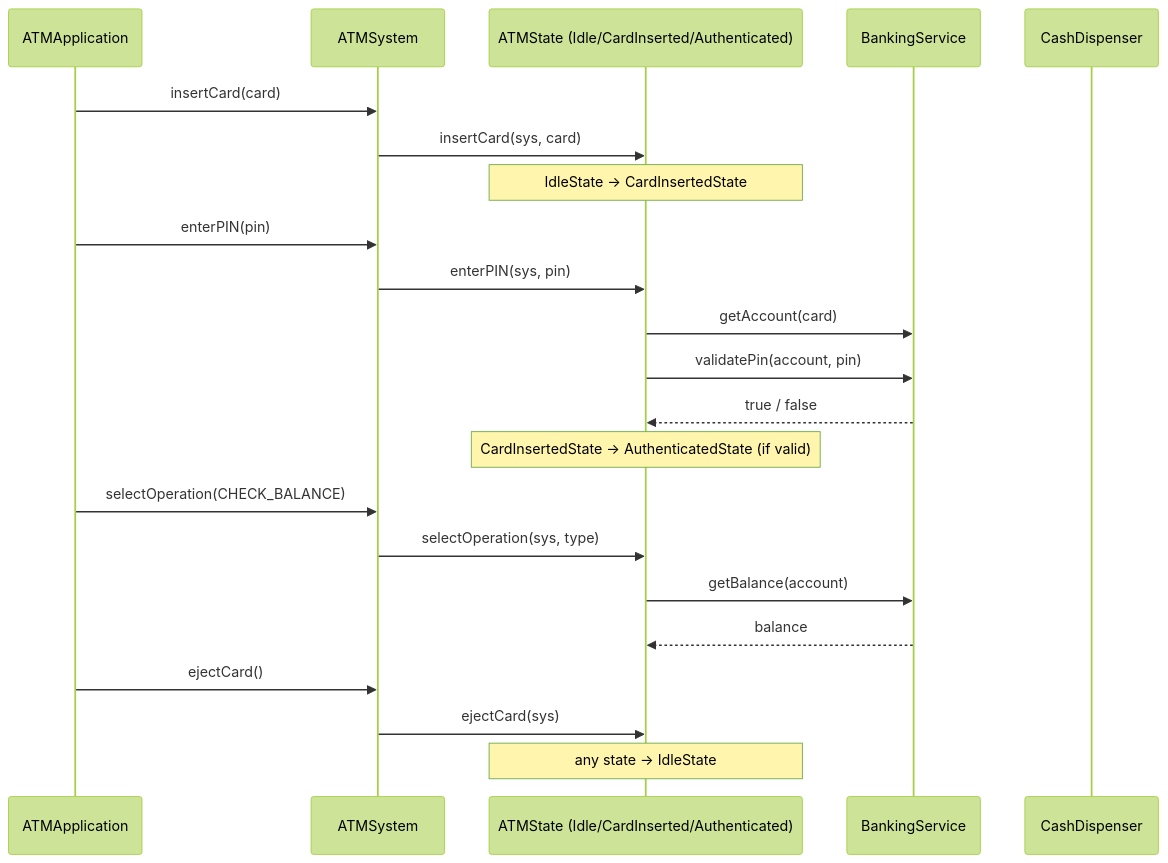
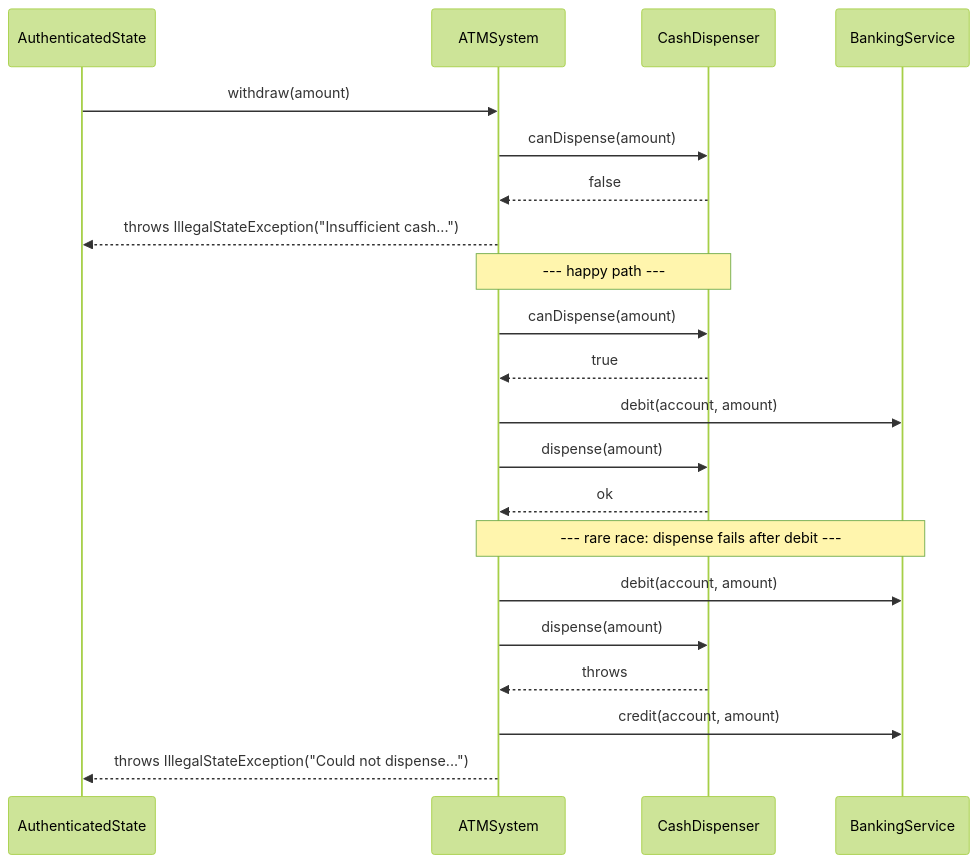
One commit to basudev1212/lld-problems changed the second of 2 diagrams in atm/DESIGN.md. Above: the diagram before and after it, drawn with Mermaid (forest theme). The commit also changed other lines of this file and 15 other files, not shown here.

````diff
--- a/atm/DESIGN.md
+++ b/atm/DESIGN.md
@@ -159,28 +139,26 @@
 ```mermaid
 sequenceDiagram
-    participant App as ATMApplication
+    participant State as AuthenticatedState
     participant Sys as ATMSystem
-    participant State as ATMState (Idle/CardInserted/Authenticated)
+    participant Dispenser as CashDispenser
     participant Bank as BankingService
-    participant Dispenser as CashDispenser
 
-    App->>Sys: insertCard(card)
-    Sys->>State: insertCard(sys, card)
-    Note over State: IdleState -> CardInsertedState
+    State->>Sys: withdraw(amount)
+    Sys->>Dispenser: canDispense(amount)
+    Dispenser-->>Sys: false
+    Sys-->>State: throws IllegalStateException("Insufficient cash...")
 
-    App->>Sys: enterPIN(pin)
-    Sys->>State: enterPIN(sys, pin)
-    State->>Bank: getAccount(card)
-    State->>Bank: validatePin(account, pin)
-    Bank-->>State: true / false
-    Note over State: CardInsertedState -> AuthenticatedState (if valid)
+    Note over Sys,Dispenser: --- happy path ---
+    Sys->>Dispenser: canDispense(amount)
+    Dispenser-->>Sys: true
+    Sys->>Bank: debit(account, amount)
+    Sys->>Dispenser: dispense(amount)
+    Dispenser-->>Sys: ok
 
-    App->>Sys: selectOperation(CHECK_BALANCE)
-    Sys->>State: selectOperation(sys, type)
-    State->>Bank: getBalance(account)
-    Bank-->>State: balance
-
-    App->>Sys: ejectCard()
-    Sys->>State: ejectCard(sys)
-    Note over State: any state -> IdleState
+    Note over Sys,Bank: --- rare race: dispense fails after debit ---
+    Sys->>Bank: debit(account, amount)
+    Sys->>Dispenser: dispense(amount)
+    Dispenser-->>Sys: throws
+    Sys->>Bank: credit(account, amount)
+    Sys-->>State: throws IllegalStateException("Could not dispense...")
 ```
````
